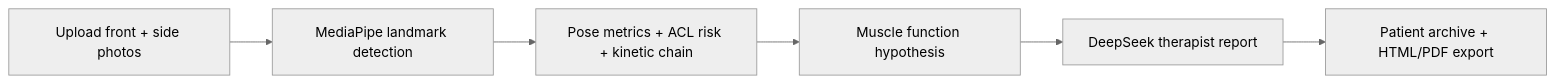
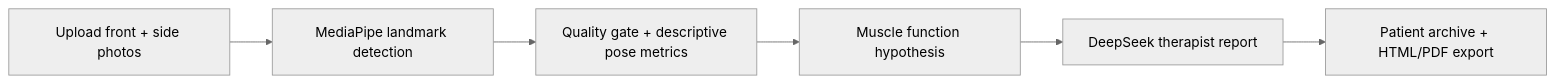
Before and after one commit to luoyesong888/pose-assessment: the diagram in README.md, drawn with Mermaid (neutral theme). The commit also changed other lines of this file and 23 other files, not shown here.

````diff
--- a/README.md
+++ b/README.md
@@ -33,8 +33,8 @@
 ```mermaid
 flowchart LR
     A[Upload front + side photos] --> B[MediaPipe landmark detection]
-    B --> C[Pose metrics + ACL risk + kinetic chain]
+    B --> C[Quality gate + descriptive pose metrics]
     C --> D[Muscle function hypothesis]
     D --> E[DeepSeek therapist report]
     E --> F[Patient archive + HTML/PDF export]
 ```
````
